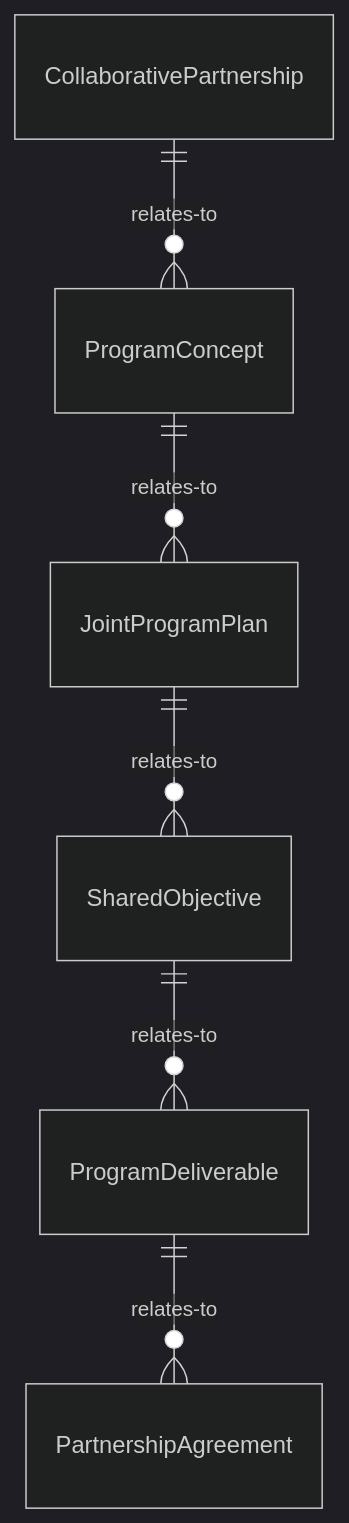
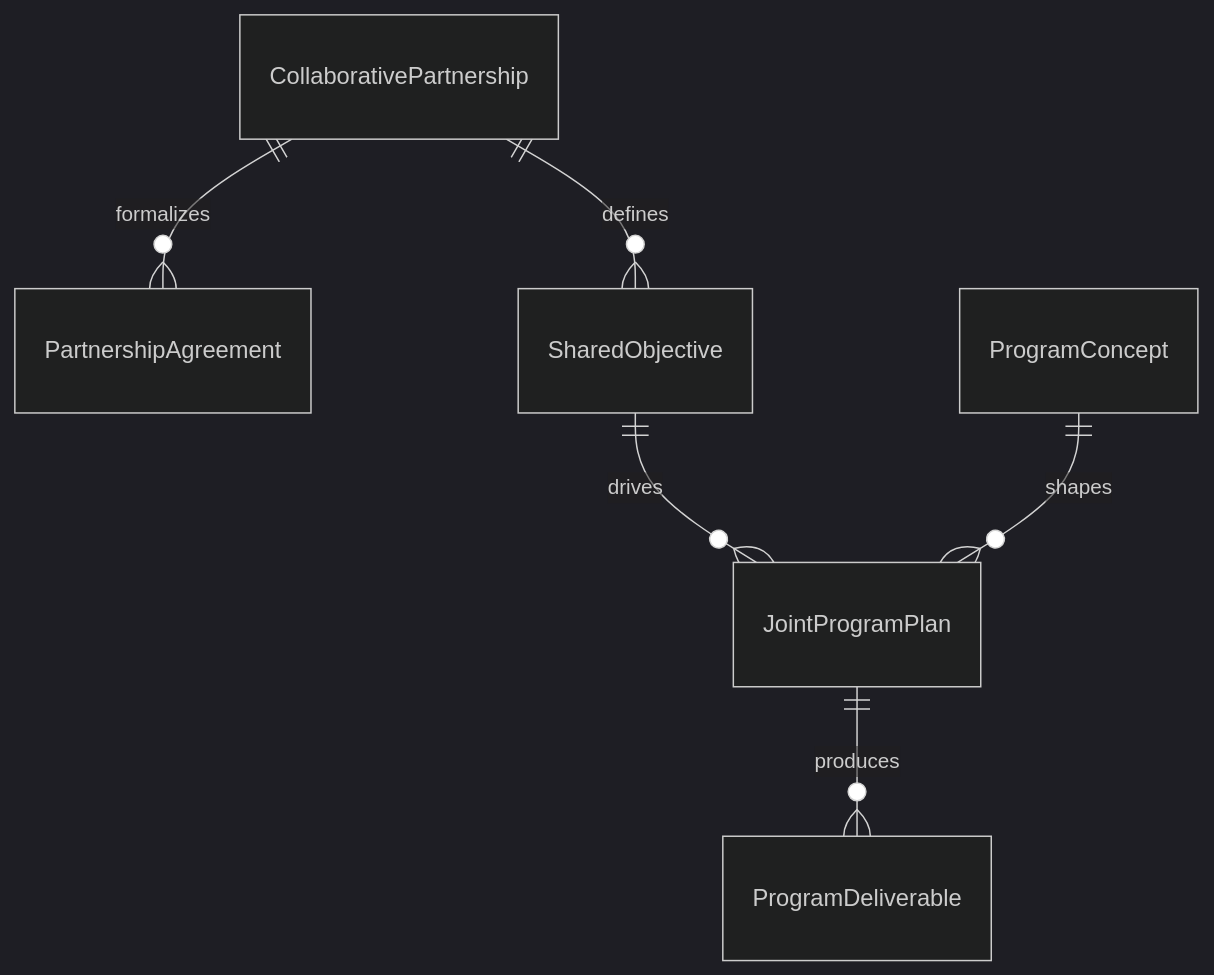
Before and after one commit to dot-org-ai/tasks.org.ai: the first of 4 diagrams in CommunicatingWithSupervisorsPeersOrSubordinates/CoordinateActivitiesWithClientsAgenciesOrOrganizations/CollaborateOutsideGroupsDevelopPrograms.mdx, drawn with Mermaid (dark theme). The commit also changed other lines of this file and 515 other files, not shown here.

````diff
--- a/CommunicatingWithSupervisorsPeersOrSubordinates/CoordinateActivitiesWithClientsAgenciesOrOrganizations/CollaborateOutsideGroupsDevelopPrograms.mdx
+++ b/CommunicatingWithSupervisorsPeersOrSubordinates/CoordinateActivitiesWithClientsAgenciesOrOrganizations/CollaborateOutsideGroupsDevelopPrograms.mdx
@@ -89,8 +89,8 @@
 ```mermaid
 erDiagram
-    CollaborativePartnership ||--o{ ProgramConcept : relates-to
-    ProgramConcept ||--o{ JointProgramPlan : relates-to
-    JointProgramPlan ||--o{ SharedObjective : relates-to
-    SharedObjective ||--o{ ProgramDeliverable : relates-to
-    ProgramDeliverable ||--o{ PartnershipAgreement : relates-to
+    CollaborativePartnership ||--o{ PartnershipAgreement : formalizes
+    CollaborativePartnership ||--o{ SharedObjective : defines
+    SharedObjective ||--o{ JointProgramPlan : drives
+    JointProgramPlan ||--o{ ProgramDeliverable : produces
+    ProgramConcept ||--o{ JointProgramPlan : shapes
 ```
````
